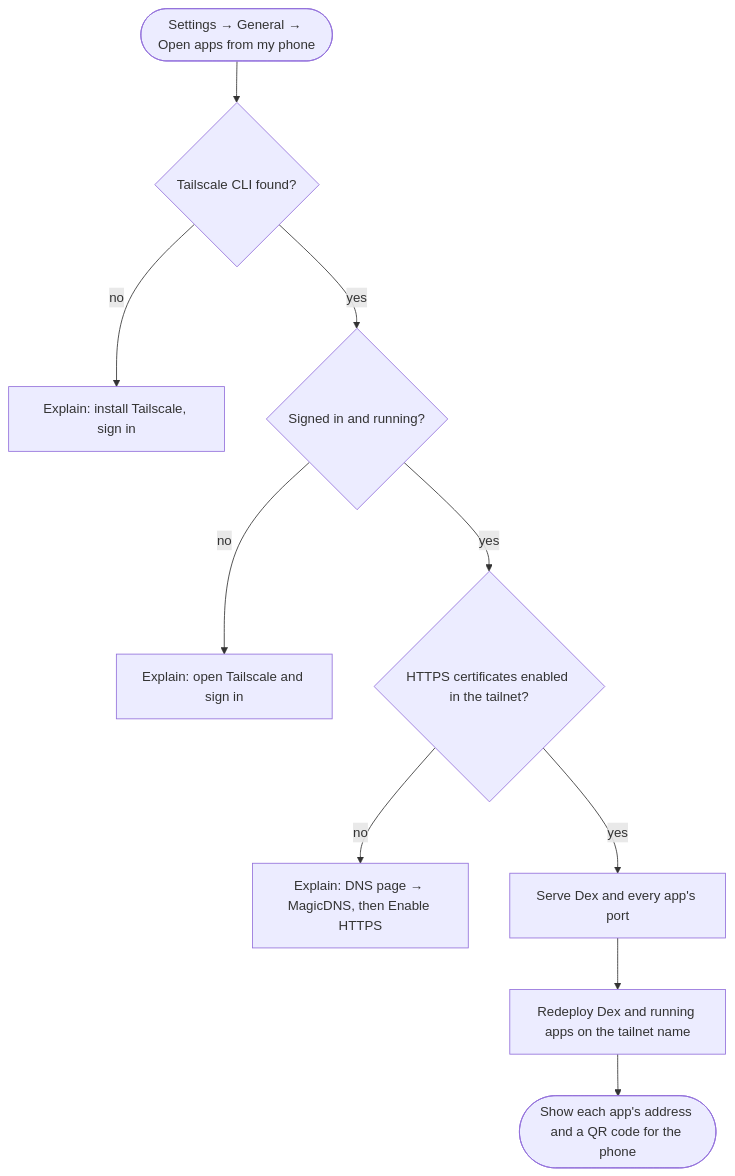
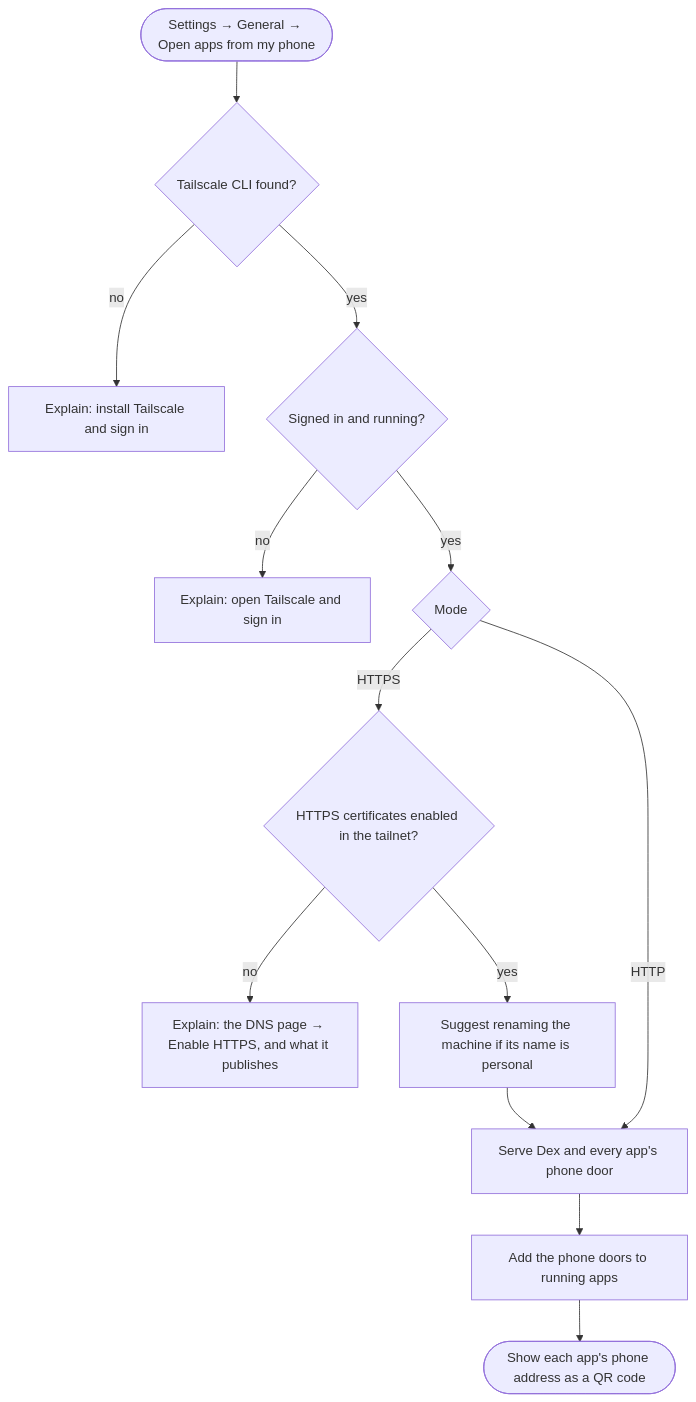
The second of 2 diagrams in docs/design/phone-access.md (JGalego/mayfly), drawn with Mermaid before and after one commit. The commit also changed other lines of this file, not shown here.

Commit message:
docs: keep localhost with a second front door for the phone, add an HTTP mode with nothing published, and compare networks

````diff
--- a/docs/design/phone-access.md
+++ b/docs/design/phone-access.md
@@ -45,12 +57,15 @@
 ```mermaid
 flowchart TD
   on(["Settings → General → Open apps from my phone"]) --> found{"Tailscale CLI found?"}
-  found -->|no| install["Explain: install Tailscale, sign in"]
+  found -->|no| install["Explain: install Tailscale and sign in"]
   found -->|yes| up{"Signed in and running?"}
   up -->|no| login["Explain: open Tailscale and sign in"]
-  up -->|yes| https{"HTTPS certificates enabled in the tailnet?"}
-  https -->|no| enable["Explain: DNS page → MagicDNS, then Enable HTTPS"]
-  https -->|yes| serve["Serve Dex and every app's port"]
-  serve --> redeploy["Redeploy Dex and running apps on the tailnet name"]
-  redeploy --> done(["Show each app's address and a QR code for the phone"])
+  up -->|yes| mode{"Mode"}
+  mode -->|HTTPS| https{"HTTPS certificates enabled in the tailnet?"}
+  https -->|no| enable["Explain: the DNS page → Enable HTTPS, and what it publishes"]
+  https -->|yes| name["Suggest renaming the machine if its name is personal"]
+  mode -->|HTTP| serve
+  name --> serve["Serve Dex and every app's phone door"]
+  serve --> doors["Add the phone doors to running apps"]
+  doors --> done(["Show each app's phone address as a QR code"])
 ```
````
